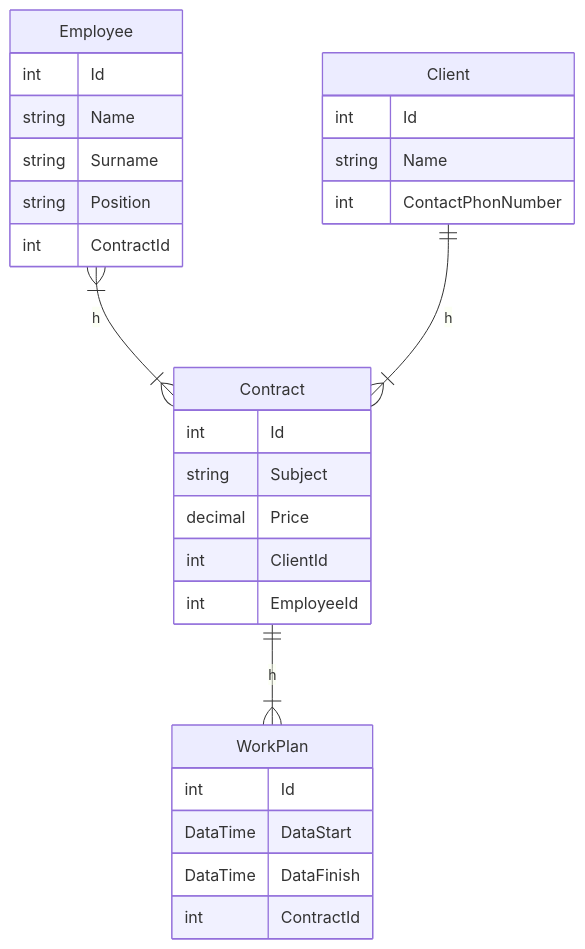
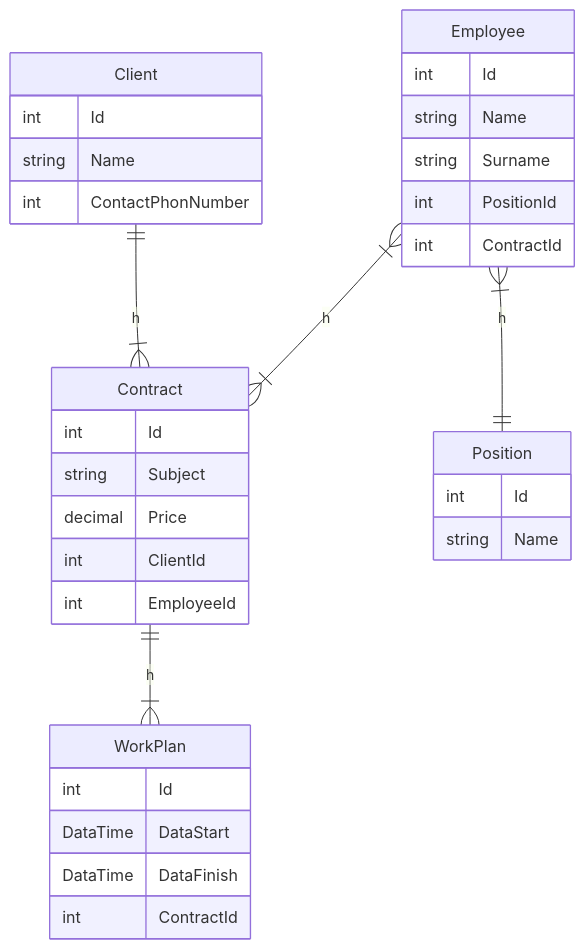
One commit to KondratenkoDV/CRM changed the diagram in README.md. Above: the diagram before and after it, drawn with Mermaid.

````diff
--- a/README.md
+++ b/README.md
@@ -1,34 +1,41 @@
 ```mermaid
 erDiagram
   Employee }|--|{ Contract : h
   Client ||--|{ Contract : h
   Contract ||--|{ WorkPlan : h
+  Employee }|--|| Position : h
+  
   Employee{
       int Id
       string Name
       string Surname
-      string Position
+      int PositionId
       int ContractId
   }
 
   Client{
       int Id
       string Name
       int ContactPhonNumber
   }
 
   Contract{
       int Id
       string Subject
       decimal Price
       int ClientId
       int EmployeeId
   }
 
   WorkPlan{
       int Id
       DataTime DataStart
       DataTime DataFinish
       int ContractId
   }
+  
+  Position{
+      int Id
+      string Name
+  }
   ```
````
